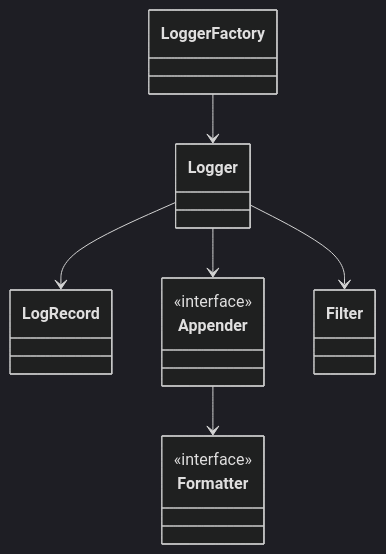
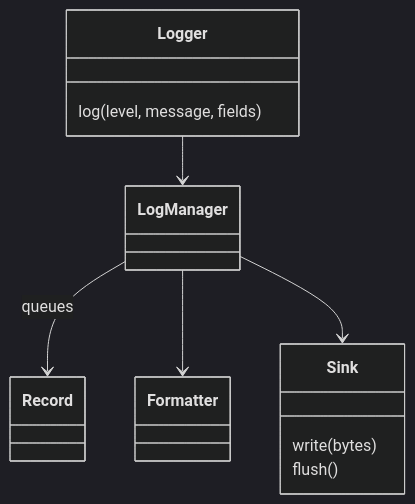
The diagram in low-level-design/logging-framework.md (Anilinfo2015/anilinfo2015.github.io), drawn with Mermaid (dark theme) before and after one commit. The commit also changed other lines of this file and 58 other files, not shown here.

````diff
--- a/low-level-design/logging-framework.md
+++ b/low-level-design/logging-framework.md
@@ -63,18 +26,17 @@
 ```mermaid
 classDiagram
-    class Logger
-    class LogRecord
-    class Appender {
-        <<interface>>
+    class Logger {
+        log(level, message, fields)
     }
-    class Formatter {
-        <<interface>>
+    class LogManager
+    class Record
+    class Formatter
+    class Sink {
+        write(bytes)
+        flush()
     }
-    class Filter
-    class LoggerFactory
-    LoggerFactory --> Logger
-    Logger --> LogRecord
-    Logger --> Appender
-    Logger --> Filter
-    Appender --> Formatter
+    Logger --> LogManager
+    LogManager --> Record : queues
+    LogManager --> Formatter
+    LogManager --> Sink
 ```
````
